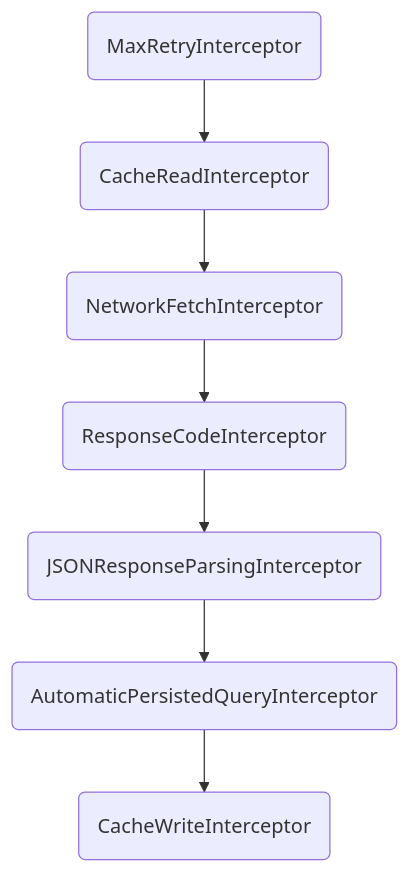
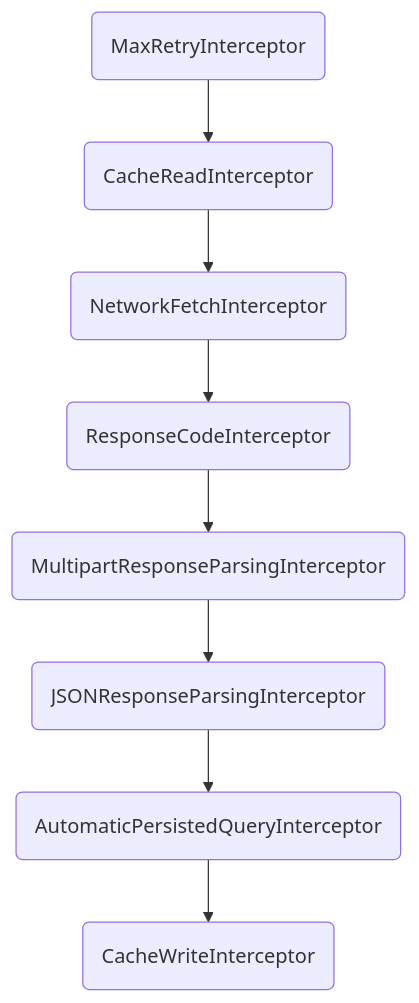
Before and after one commit to apollographql/apollo-ios: the second of 2 diagrams in docs/source/networking/request-pipeline.mdx, drawn with Mermaid. The commit also changed other lines of this file and 1 other file, not shown here.

Commit message:
docs: Update subscriptions for multipart over HTTP

````diff
--- a/docs/source/networking/request-pipeline.mdx
+++ b/docs/source/networking/request-pipeline.mdx
@@ -64,9 +64,10 @@
 ```mermaid
 flowchart TB
   max(MaxRetryInterceptor) --> cacheRead(CacheReadInterceptor)
   cacheRead --> network(NetworkFetchInterceptor)
   network --> response(ResponseCodeInterceptor)
-  response --> json(JSONResponseParsingInterceptor)
+  response --> multipart(MultipartResponseParsingInterceptor)
+  multipart --> json(JSONResponseParsingInterceptor)
   json --> apq(AutomaticPersistedQueryInterceptor)
   apq --> cacheWrite(CacheWriteInterceptor)
 ```
````
